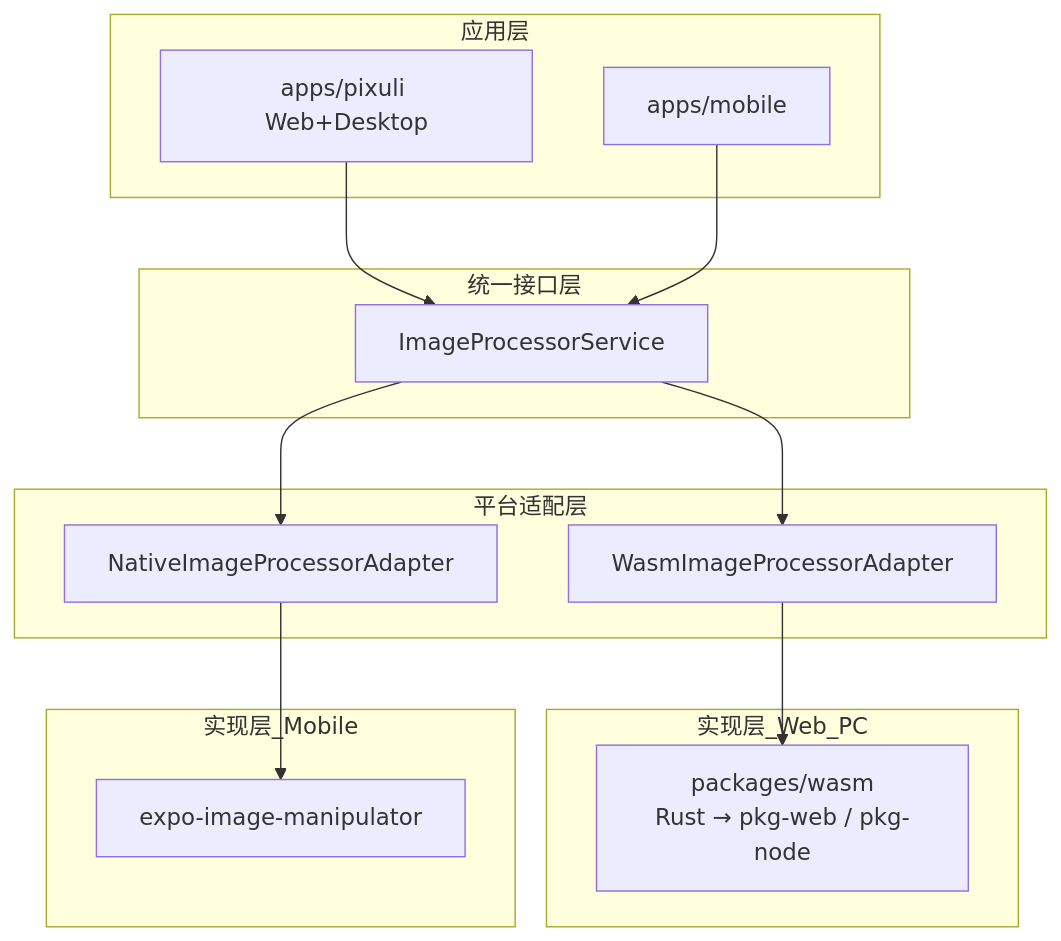
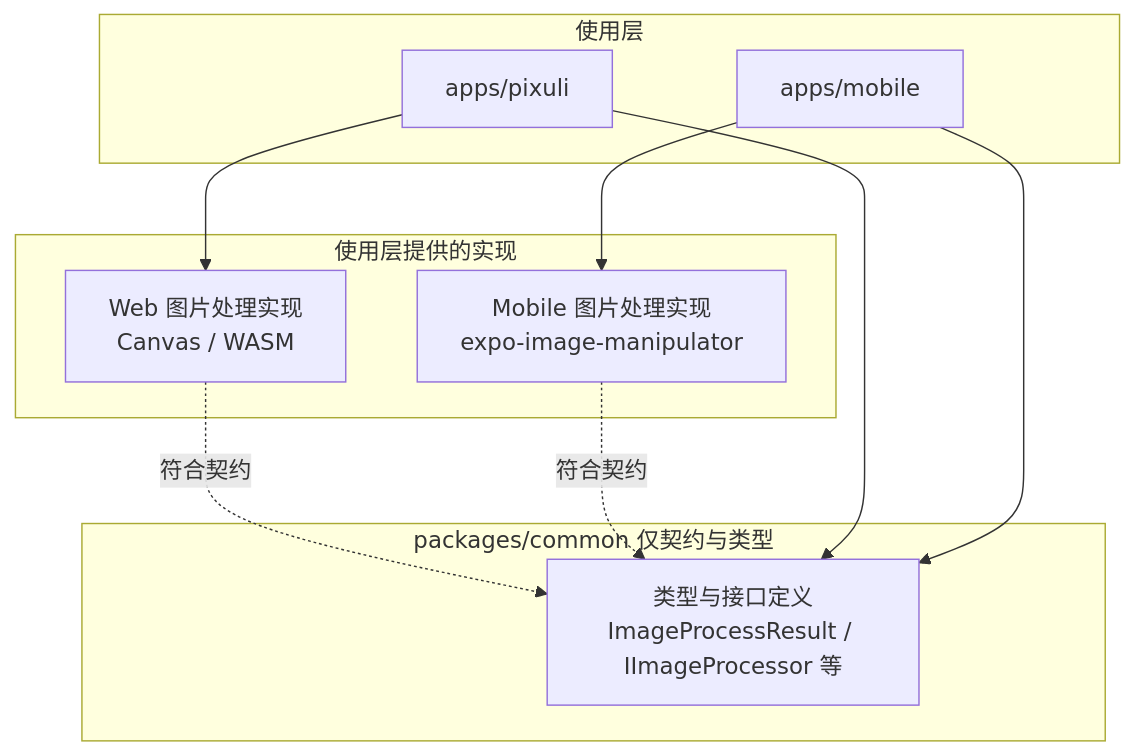
One commit to trueLoving/Pixuli changed the first of 2 diagrams in .github/02-design/02-cross-image-process.md. Above: the diagram before and after it, drawn with Mermaid. The commit also changed other lines of this file and 14 other files, not shown here.

First line of the commit message:
feat: 跨端图片处理方案与压缩/转换页实现 (#45)

````diff
--- a/.github/02-design/02-cross-image-process.md
+++ b/.github/02-design/02-cross-image-process.md
@@ -74,31 +88,23 @@
 ```mermaid
 graph TB
-    subgraph 应用层
-        A1[apps/pixuli Web+Desktop]
+    subgraph 使用层
+        A1[apps/pixuli]
         A2[apps/mobile]
     end
 
-    subgraph 统一接口层
-        B[ImageProcessorService]
+    subgraph 使用层提供的实现
+        B1[Web 图片处理实现<br/>Canvas / WASM]
+        B2[Mobile 图片处理实现<br/>expo-image-manipulator]
     end
 
-    subgraph 平台适配层
-        C1[WasmImageProcessorAdapter]
-        C2[NativeImageProcessorAdapter]
+    subgraph packages/common 仅契约与类型
+        C[类型与接口定义<br/>ImageProcessResult / IImageProcessor 等]
     end
 
-    subgraph 实现层_Web_PC
-        D[packages/wasm<br/>Rust → pkg-web / pkg-node]
-    end
-
-    subgraph 实现层_Mobile
-        E[expo-image-manipulator]
-    end
-
-    A1 --> B
-    A2 --> B
-    B --> C1
-    B --> C2
-    C1 --> D
-    C2 --> E
+    A1 --> B1
+    A2 --> B2
+    B1 -.符合契约.-> C
+    B2 -.符合契约.-> C
+    A1 --> C
+    A2 --> C
 ```
````
